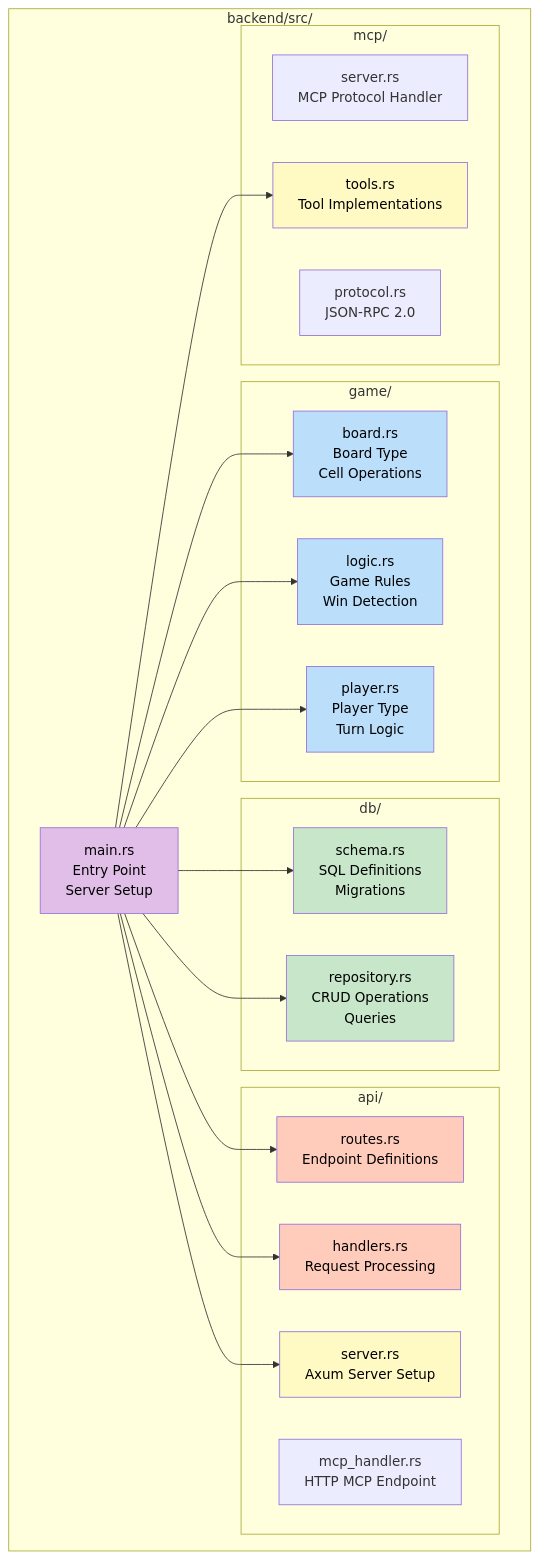
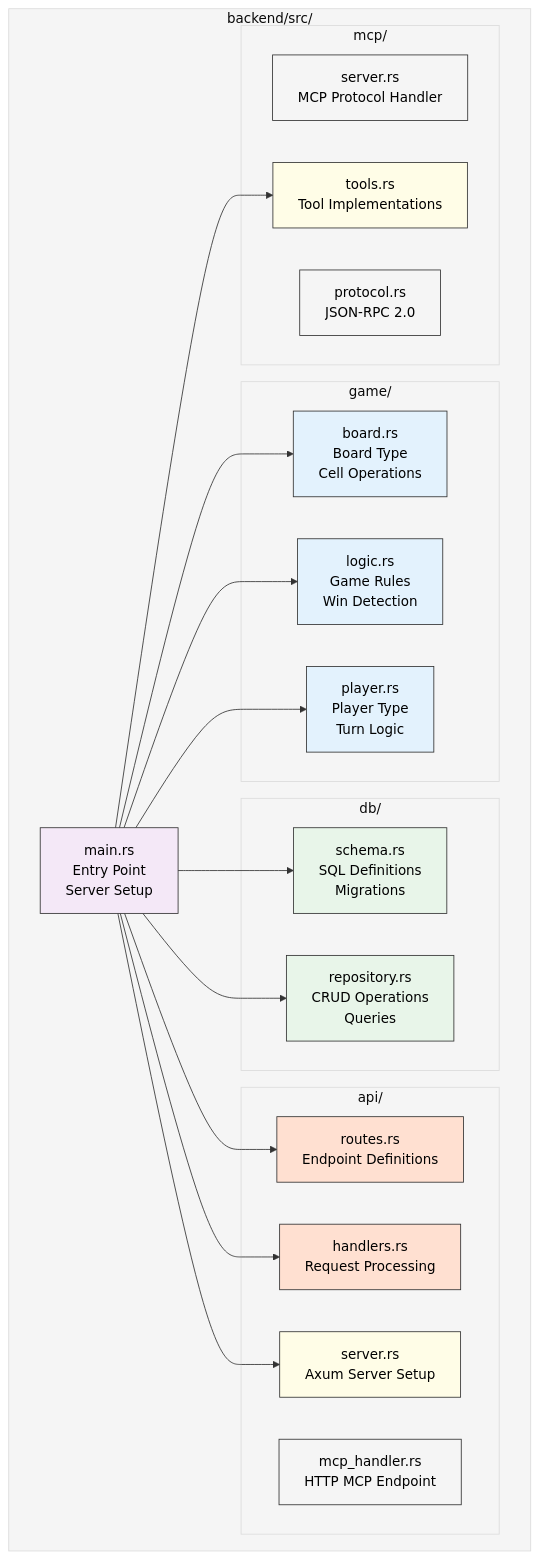
Before and after one commit to sw-game-dev/game-mcp-poc: the first of 5 diagrams in wiki/Backend-Architecture.md, drawn with Mermaid. The commit also changed other lines of this file and 6 other files, not shown here.

First line of the commit message:
fix: Improve mermaid diagram contrast with theme and lighter colors

````diff
--- a/wiki/Backend-Architecture.md
+++ b/wiki/Backend-Architecture.md
@@ -13,51 +13,52 @@
 ```mermaid
+%%{init: {'theme':'base', 'themeVariables': {'primaryColor':'#f5f5f5','primaryTextColor':'#000','primaryBorderColor':'#333','lineColor':'#333','secondaryColor':'#f5f5f5','tertiaryColor':'#f5f5f5'}}}%%
 graph TB
     subgraph "backend/src/"
         Main[main.rs<br/>Entry Point<br/>Server Setup]
 
         subgraph "game/"
             Board[board.rs<br/>Board Type<br/>Cell Operations]
             Logic[logic.rs<br/>Game Rules<br/>Win Detection]
             Player[player.rs<br/>Player Type<br/>Turn Logic]
         end
 
         subgraph "db/"
             Schema[schema.rs<br/>SQL Definitions<br/>Migrations]
             Repo[repository.rs<br/>CRUD Operations<br/>Queries]
         end
 
         subgraph "api/"
             Routes[routes.rs<br/>Endpoint Definitions]
             Handlers[handlers.rs<br/>Request Processing]
             McpHandler[mcp_handler.rs<br/>HTTP MCP Endpoint]
             Server[server.rs<br/>Axum Server Setup]
         end
 
         subgraph "mcp/"
             McpServer[server.rs<br/>MCP Protocol Handler]
             Tools[tools.rs<br/>Tool Implementations]
             Protocol[protocol.rs<br/>JSON-RPC 2.0]
         end
 
         Main --> Board
         Main --> Logic
         Main --> Player
         Main --> Schema
         Main --> Repo
         Main --> Routes
         Main --> Handlers
         Main --> Server
         Main --> Tools
     end
 
-    style Main fill:#e1bee7,color:#000
-    style Board fill:#bbdefb,color:#000
-    style Logic fill:#bbdefb,color:#000
-    style Player fill:#bbdefb,color:#000
-    style Schema fill:#c8e6c9,color:#000
-    style Repo fill:#c8e6c9,color:#000
-    style Routes fill:#ffccbc,color:#000
-    style Handlers fill:#ffccbc,color:#000
-    style Server fill:#fff9c4,color:#000
-    style Tools fill:#fff9c4,color:#000
+    style Main fill:#f4e8f7,color:#000
+    style Board fill:#e3f2fd,color:#000
+    style Logic fill:#e3f2fd,color:#000
+    style Player fill:#e3f2fd,color:#000
+    style Schema fill:#e8f5e9,color:#000
+    style Repo fill:#e8f5e9,color:#000
+    style Routes fill:#ffe0d1,color:#000
+    style Handlers fill:#ffe0d1,color:#000
+    style Server fill:#fffde7,color:#000
+    style Tools fill:#fffde7,color:#000
 ```
````
